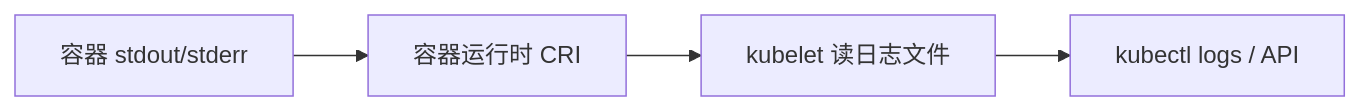
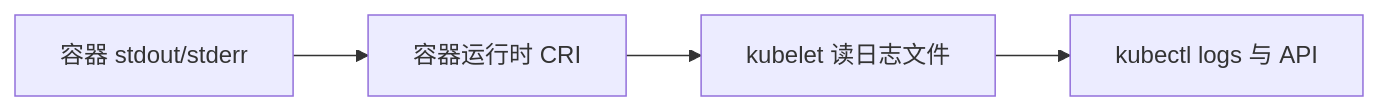
The second of 19 diagrams in docs/efk/EFK.md (brinnatt/kubeauto), drawn with Mermaid before and after one commit. The commit also changed other lines of this file, not shown here.

````diff
--- a/docs/efk/EFK.md
+++ b/docs/efk/EFK.md
@@ -43,8 +43,8 @@
 ```mermaid
 flowchart LR
   C[容器 stdout/stderr]
   R[容器运行时 CRI]
   K[kubelet 读日志文件]
-  U[kubectl logs / API]
+  U["kubectl logs 与 API"]
   C --> R --> K --> U
 ```
````
